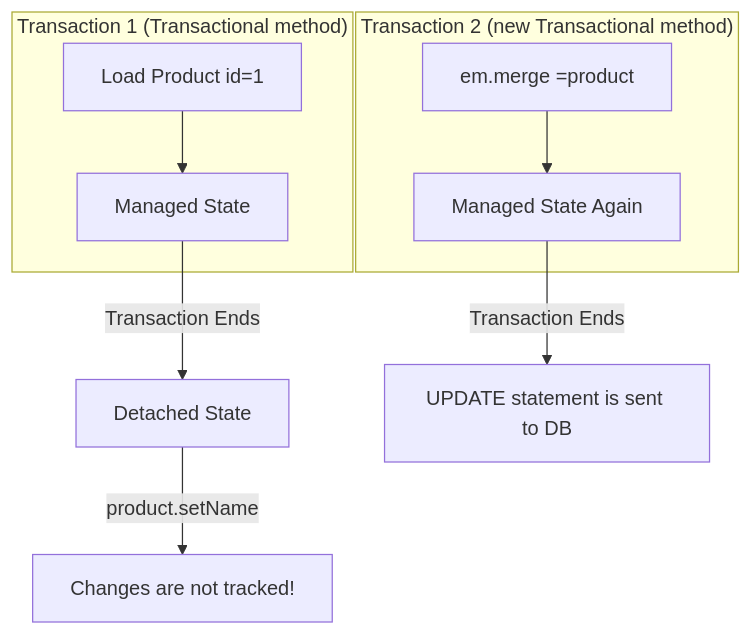
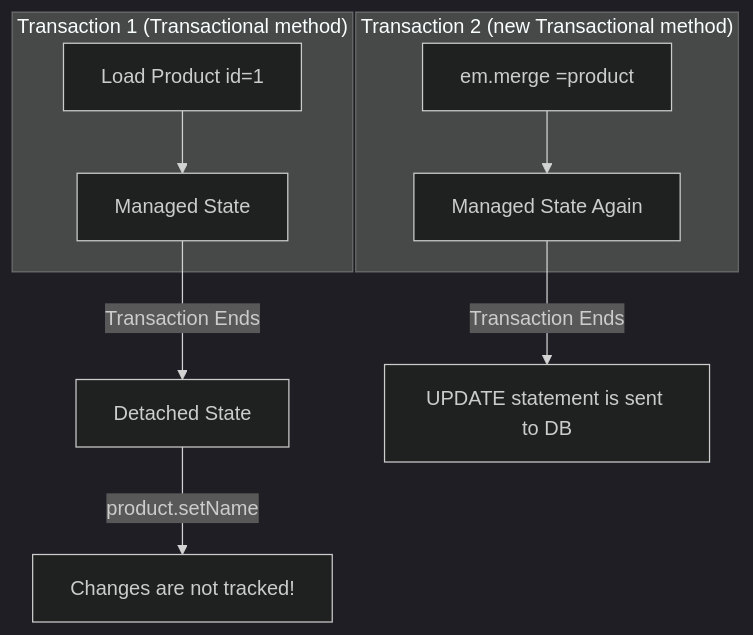
One commit to Ashjha75/MyDocs changed the fourth of 4 diagrams in src/content/docs/springboot/jpa/jpacore.md. Above: the diagram before and after it, drawn with Mermaid. The commit also changed other lines of this file and 1 other file, not shown here.

Commit message:
mermaid fixed

````diff
--- a/src/content/docs/springboot/jpa/jpacore.md
+++ b/src/content/docs/springboot/jpa/jpacore.md
@@ -438,19 +451,23 @@
 ```mermaid
+---
+config:
+   theme: dark
+---
+graph TD
 
-graph TD
 
 subgraph "Transaction 1 (Transactional method)"
     A[Load Product id=1] --> B[Managed State]
 end
 
 B -->|Transaction Ends| C[Detached State]
 C -->|product.setName| D[Changes are not tracked!]
 
 subgraph "Transaction 2 (new Transactional method)"
     E[em.merge =product] --> F[Managed State Again]
 end
 
 F -->|Transaction Ends| G[UPDATE statement is sent to DB]
 
 
 ```
````
